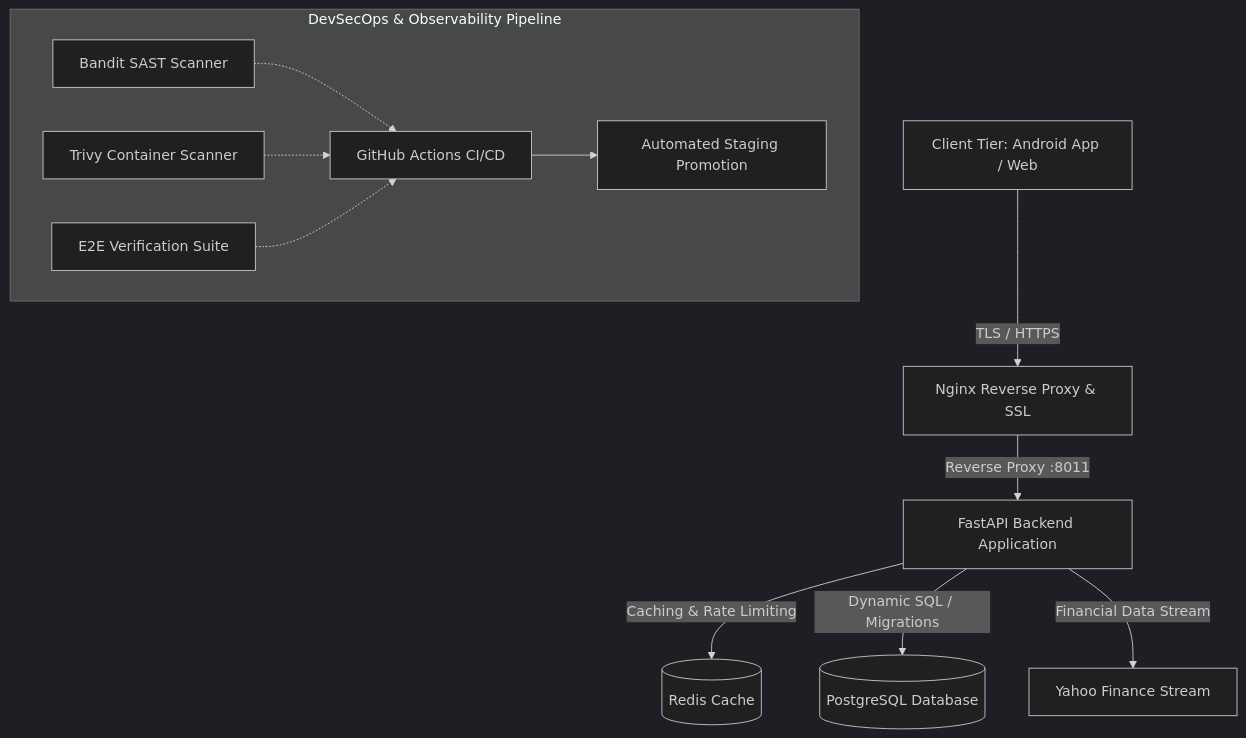
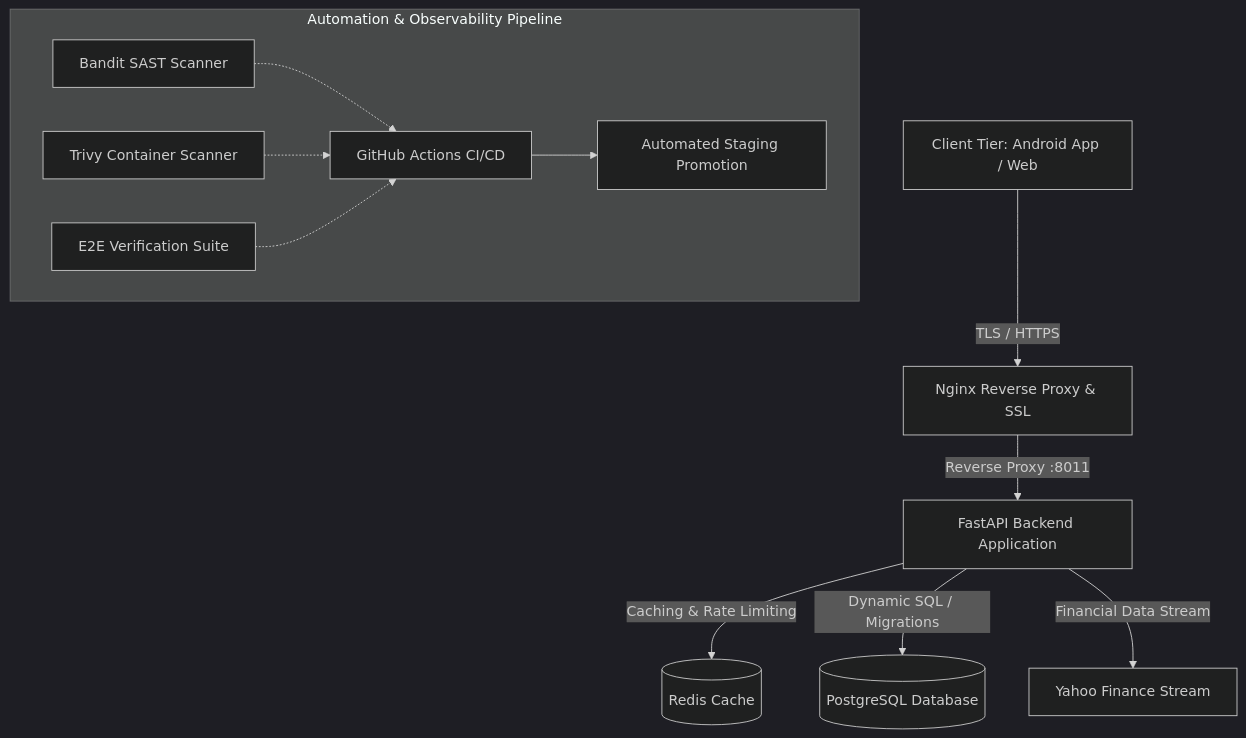
One commit to sebian-lab/sebian-lab.github.io changed the diagram in content/projects/backend-api/index.en.md. Above: the diagram before and after it, drawn with Mermaid (dark theme). The commit also changed other lines of this file and 21 other files, not shown here.

```diff
--- a/content/projects/backend-api/index.en.md
+++ b/content/projects/backend-api/index.en.md
@@ -25,15 +78,15 @@
 {{< mermaid >}}
 graph TD
     Client["Client Tier: Android App / Web"] -->|"TLS / HTTPS"| Nginx["Nginx Reverse Proxy & SSL"]
     Nginx -->|"Reverse Proxy :8011"| FastAPI["FastAPI Backend Application"]
     FastAPI -->|"Caching & Rate Limiting"| Redis[("Redis Cache")]
     FastAPI -->|"Dynamic SQL / Migrations"| Postgres[("PostgreSQL Database")]
     FastAPI -->|"Financial Data Stream"| YFinance["Yahoo Finance Stream"]
     
-    subgraph DevSecOpsPipeline ["DevSecOps & Observability Pipeline"]
+    subgraph Pipeline ["Automation & Observability Pipeline"]
         Bandit["Bandit SAST Scanner"] -.-> CI["GitHub Actions CI/CD"]
         Trivy["Trivy Container Scanner"] -.-> CI
         E2E["E2E Verification Suite"] -.-> CI
         CI --> Staging["Automated Staging Promotion"]
     end
 {{< /mermaid >}}
```
